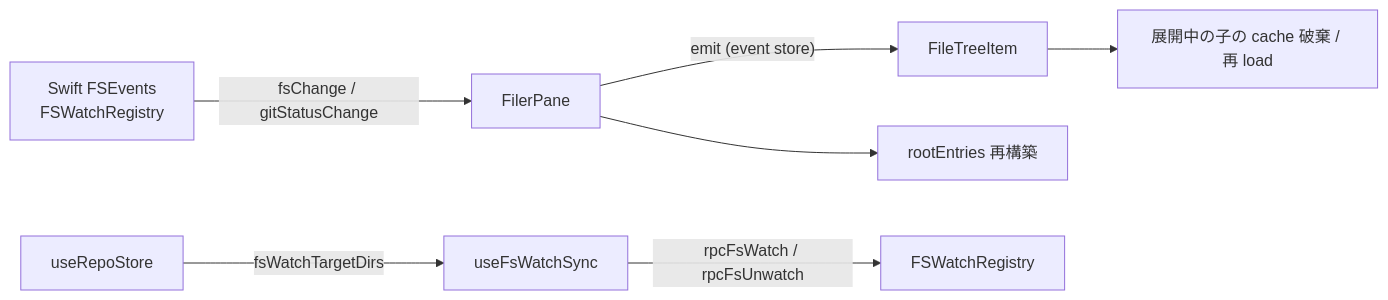
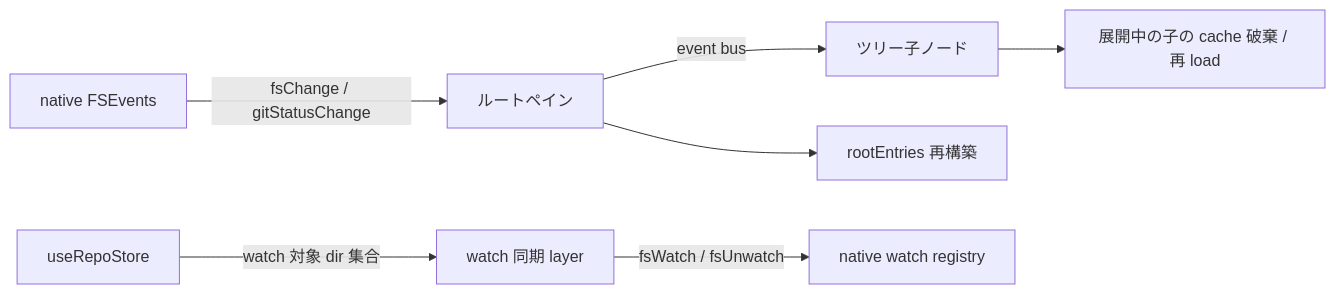
One commit to miyaoka/gozd changed the diagram in docs/filer.md. Above: the diagram before and after it, drawn with Mermaid. The commit also changed other lines of this file and 5 other files, not shown here.

````diff
--- a/docs/filer.md
+++ b/docs/filer.md
@@ -25,9 +19,9 @@
 ```mermaid
 flowchart LR
-    FSE[Swift FSEvents\nFSWatchRegistry] -->|fsChange / gitStatusChange| FP[FilerPane]
-    FP -->|"emit (event store)"| FTI[FileTreeItem]
+    FSE[native FSEvents] -->|fsChange / gitStatusChange| FP[ルートペイン]
+    FP -->|event bus| FTI[ツリー子ノード]
     FP --> root[rootEntries 再構築]
     FTI --> children[展開中の子の cache 破棄 / 再 load]
-    REPO[useRepoStore] -->|fsWatchTargetDirs| FWS[useFsWatchSync]
-    FWS -->|rpcFsWatch / rpcFsUnwatch| FSR[FSWatchRegistry]
+    REPO[useRepoStore] -->|watch 対象 dir 集合| FWS[watch 同期 layer]
+    FWS -->|fsWatch / fsUnwatch| FSR[native watch registry]
 ```
````
